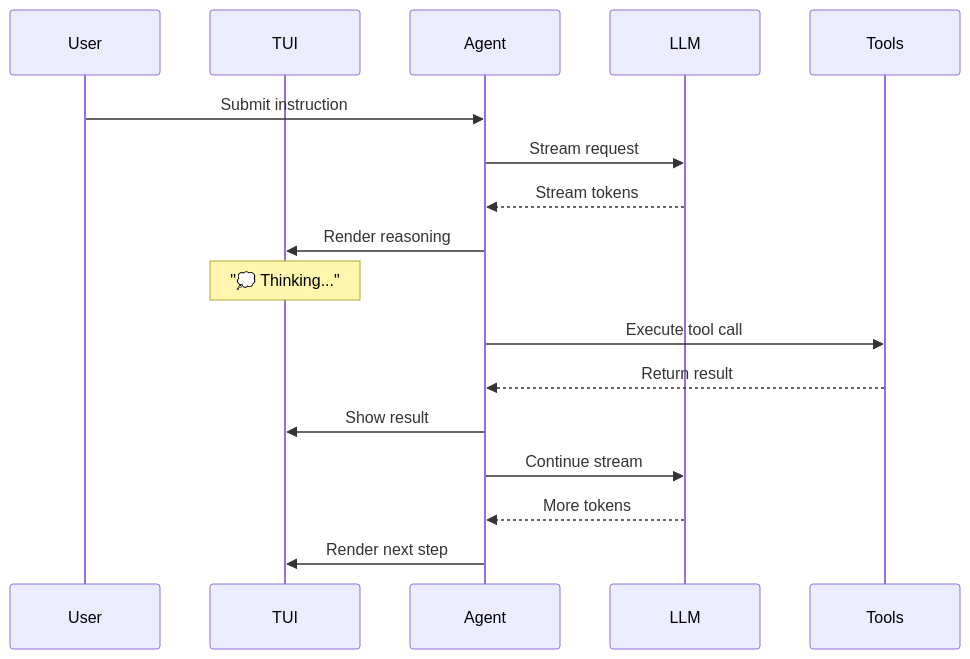
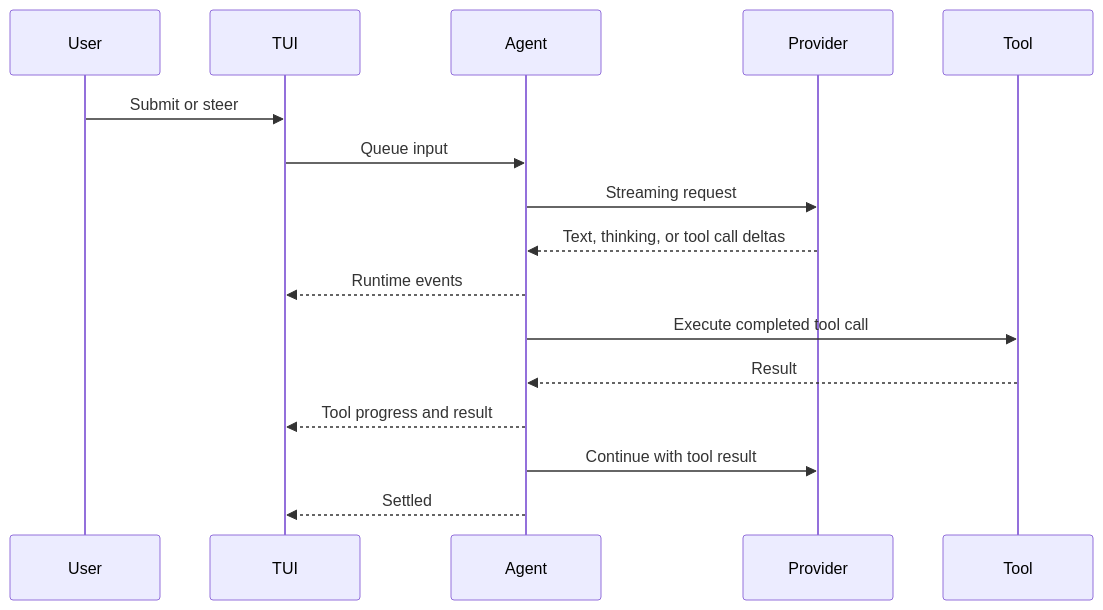
Before and after one commit to lseman/logician: the diagram in docs/guides/streaming.md, drawn with Mermaid. The commit also changed other lines of this file and 42 other files, not shown here.

````diff
--- a/docs/guides/streaming.md
+++ b/docs/guides/streaming.md
@@ -12,20 +10,18 @@
 ```mermaid
 sequenceDiagram
-  participant User
-  participant TUI
-  participant Agent
-  participant LLM
-  participant Tools
-
-  User->>Agent: Submit instruction
-  Agent->>LLM: Stream request
-  LLM-->>Agent: Stream tokens
-  Agent->>TUI: Render reasoning
-  Note over TUI: "💭 Thinking..."
-  Agent->>Tools: Execute tool call
-  Tools-->>Agent: Return result
-  Agent->>TUI: Show result
-  Agent->>LLM: Continue stream
-  LLM-->>Agent: More tokens
-  Agent->>TUI: Render next step
+    participant User
+    participant TUI
+    participant Agent
+    participant Provider
+    participant Tool
+    User->>TUI: Submit or steer
+    TUI->>Agent: Queue input
+    Agent->>Provider: Streaming request
+    Provider-->>Agent: Text, thinking, or tool call deltas
+    Agent-->>TUI: Runtime events
+    Agent->>Tool: Execute completed tool call
+    Tool-->>Agent: Result
+    Agent-->>TUI: Tool progress and result
+    Agent->>Provider: Continue with tool result
+    Agent-->>TUI: Settled
 ```
````
